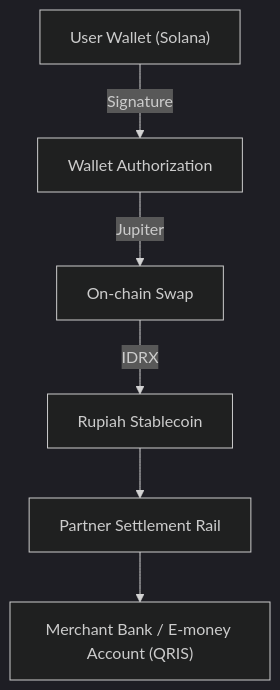
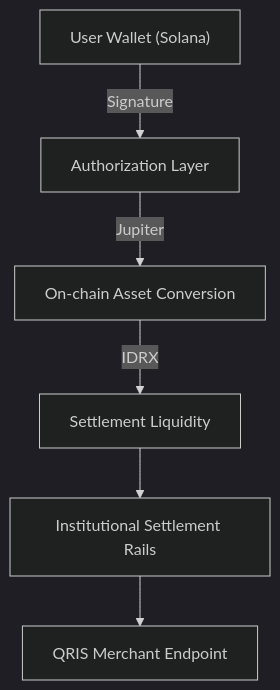
The first of 2 diagrams in README.md (nayrbryanGaming/SOLQV2), drawn with Mermaid (dark theme) before and after one commit. The commit also changed other lines of this file, not shown here.

First line of the commit message:
docs: Institutional Refinement for Elite VC Standards

````diff
--- a/README.md
+++ b/README.md
@@ -63,8 +38,8 @@
 ```mermaid
 graph TD
-    A["User Wallet (Solana)"] -->|Signature| B[Wallet Authorization]
-    B -->|Jupiter| C[On-chain Swap]
-    C -->|IDRX| D[Rupiah Stablecoin]
-    D --> E[Partner Settlement Rail]
-    E --> F["Merchant Bank / E-money Account (QRIS)"]
+    A["User Wallet (Solana)"] -->|Signature| B[Authorization Layer]
+    B -->|Jupiter| C[On-chain Asset Conversion]
+    C -->|IDRX| D[Settlement Liquidity]
+    D --> E[Institutional Settlement Rails]
+    E --> F["QRIS Merchant Endpoint"]
 ```
````
